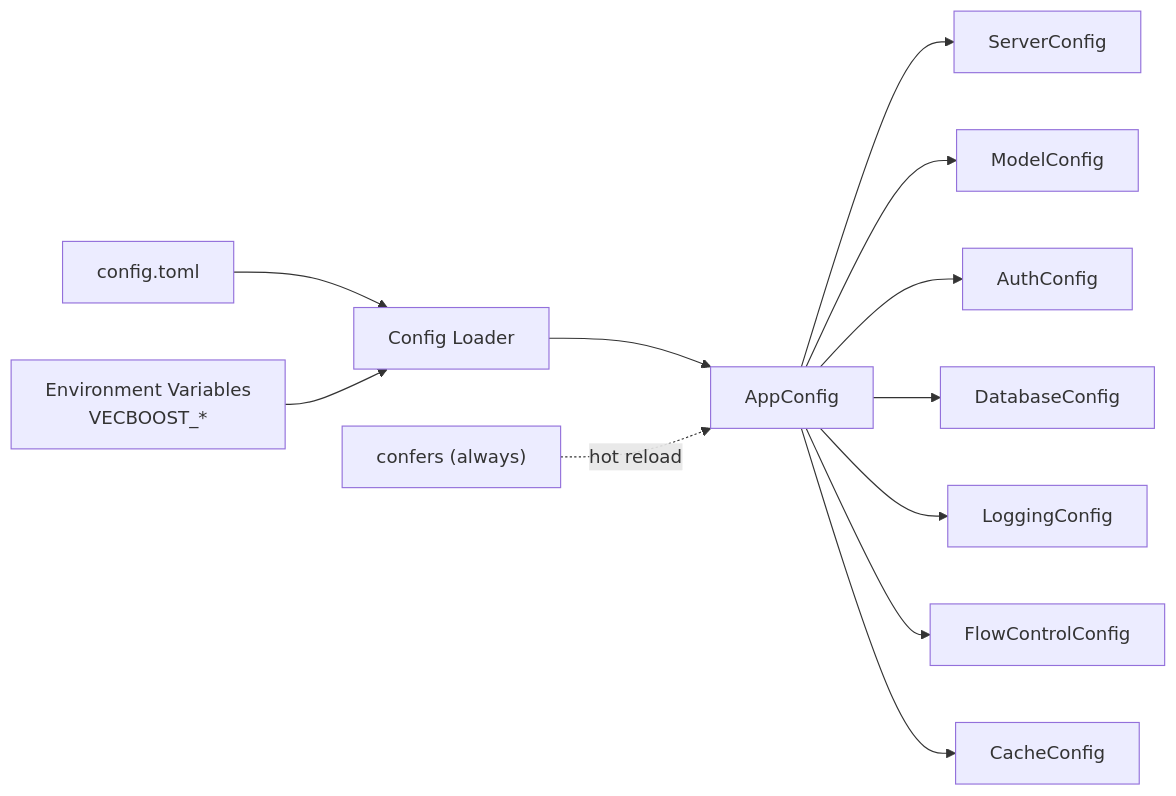
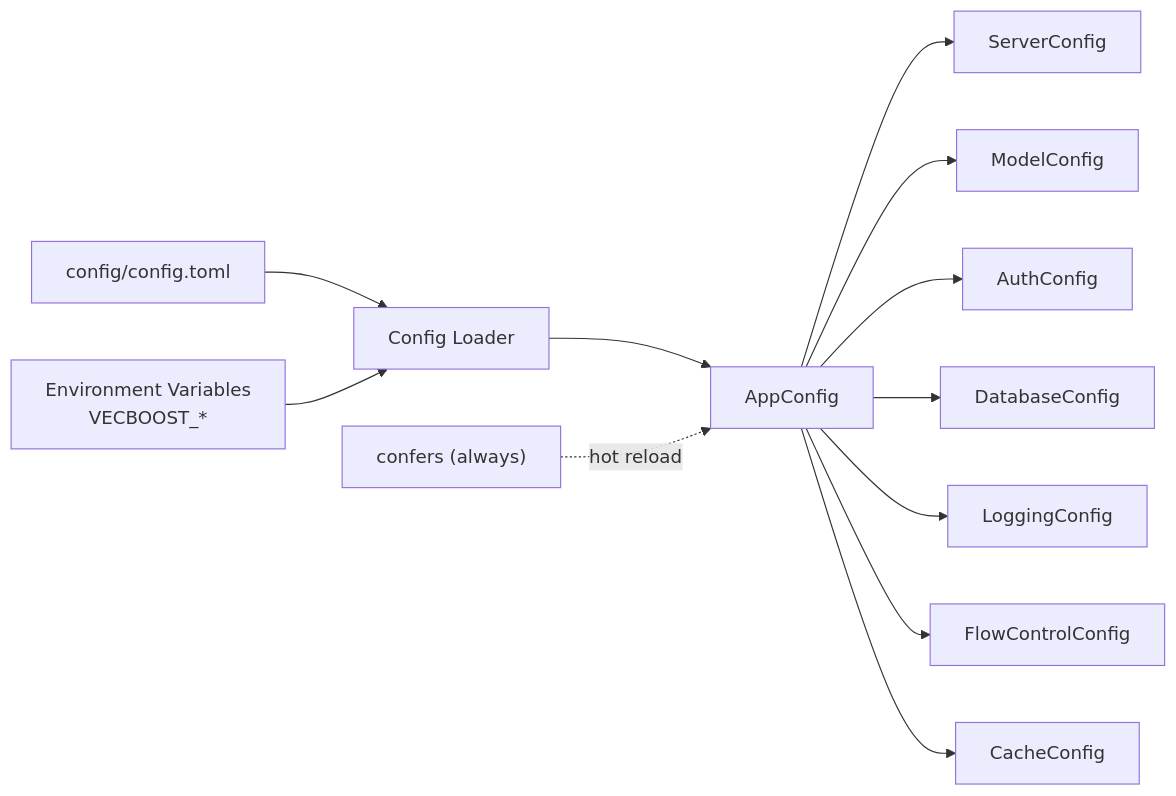
One commit to Kirky-X/vecboost changed the seventh of 7 diagrams in docs/ARCHITECTURE.md. Above: the diagram before and after it, drawn with Mermaid. The commit also changed other lines of this file and 12 other files, not shown here.

````diff
--- a/docs/ARCHITECTURE.md
+++ b/docs/ARCHITECTURE.md
@@ -398,15 +398,15 @@
 ```mermaid
 graph LR
-    TOML["config.toml"] --> Loader["Config Loader"]
+    TOML["config/config.toml"] --> Loader["Config Loader"]
     Env["Environment Variables<br/>VECBOOST_*"] --> Loader
     Loader --> AppConfig["AppConfig"]
     confers["confers (always)"] -.->|hot reload| AppConfig
 
     AppConfig --> Server["ServerConfig"]
     AppConfig --> Model["ModelConfig"]
     AppConfig --> Auth["AuthConfig"]
     AppConfig --> Database["DatabaseConfig"]
     AppConfig --> Logging["LoggingConfig"]
     AppConfig --> FlowControl["FlowControlConfig"]
     AppConfig --> Cache["CacheConfig"]
 ```
````
